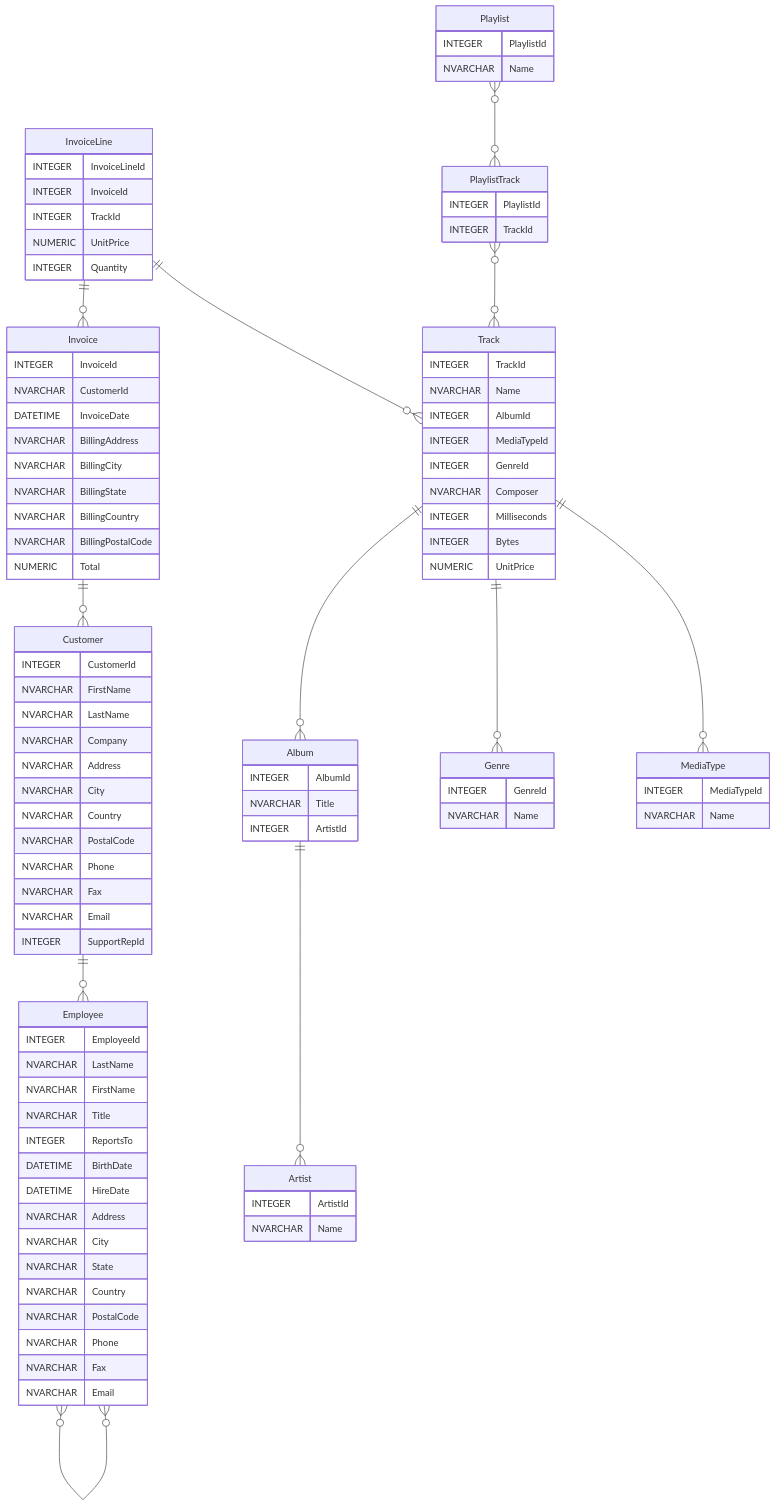
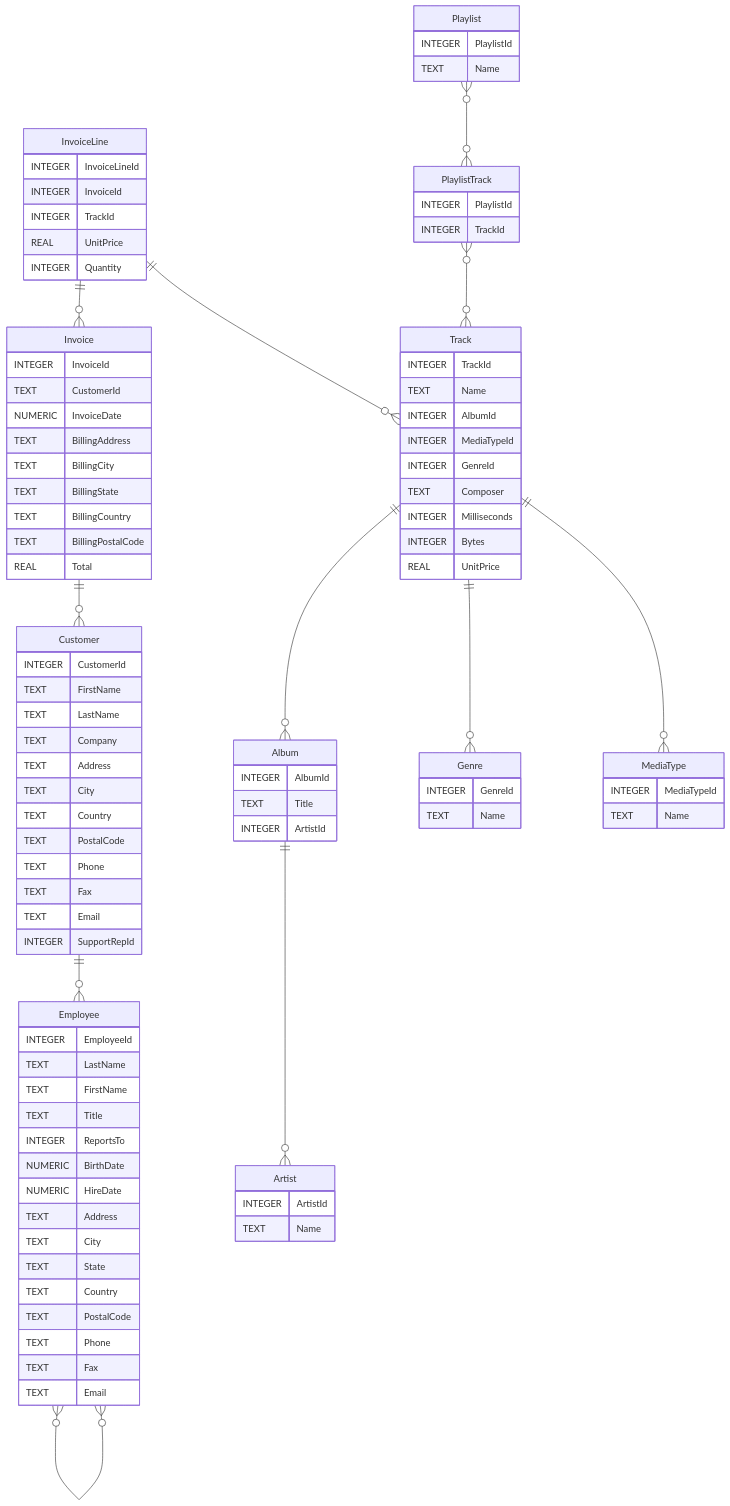
The diagram in databases/sql/exercises/README.md (blackbat13/cs-htiew-gitbook), drawn with Mermaid before and after one commit. The commit also changed other lines of this file and 3 other files, not shown here.

````diff
--- a/databases/sql/exercises/README.md
+++ b/databases/sql/exercises/README.md
@@ -75,73 +75,73 @@
   InvoiceLine ||--o{ Track : ""
   Album {
     INTEGER AlbumId
-    NVARCHAR Title
+    TEXT Title
     INTEGER ArtistId
   }
   Artist {
     INTEGER ArtistId
-    NVARCHAR Name
+    TEXT Name
   }
   Customer {
     INTEGER CustomerId
-    NVARCHAR FirstName
-    NVARCHAR LastName
-    NVARCHAR Company
-    NVARCHAR Address
-    NVARCHAR City
-    NVARCHAR Country
-    NVARCHAR PostalCode
-    NVARCHAR Phone
-    NVARCHAR Fax
-    NVARCHAR Email
+    TEXT FirstName
+    TEXT LastName
+    TEXT Company
+    TEXT Address
+    TEXT City
+    TEXT Country
+    TEXT PostalCode
+    TEXT Phone
+    TEXT Fax
+    TEXT Email
     INTEGER SupportRepId
   }
   Employee {
     INTEGER EmployeeId
-    NVARCHAR LastName
-    NVARCHAR FirstName
-    NVARCHAR Title
+    TEXT LastName
+    TEXT FirstName
+    TEXT Title
     INTEGER ReportsTo
-    DATETIME BirthDate
-    DATETIME HireDate
-    NVARCHAR Address
-    NVARCHAR City
-    NVARCHAR State
-    NVARCHAR Country
-    NVARCHAR PostalCode
-    NVARCHAR Phone
-    NVARCHAR Fax
-    NVARCHAR Email
+    NUMERIC BirthDate
+    NUMERIC HireDate
+    TEXT Address
+    TEXT City
+    TEXT State
+    TEXT Country
+    TEXT PostalCode
+    TEXT Phone
+    TEXT Fax
+    TEXT Email
   }
   Genre {
     INTEGER GenreId
-    NVARCHAR Name
+    TEXT Name
   }
   Invoice {
     INTEGER InvoiceId
-    NVARCHAR CustomerId
-    DATETIME InvoiceDate
-    NVARCHAR BillingAddress
-    NVARCHAR BillingCity
-    NVARCHAR BillingState
-    NVARCHAR BillingCountry
-    NVARCHAR BillingPostalCode
-    NUMERIC Total
+    TEXT CustomerId
+    NUMERIC InvoiceDate
+    TEXT BillingAddress
+    TEXT BillingCity
+    TEXT BillingState
+    TEXT BillingCountry
+    TEXT BillingPostalCode
+    REAL Total
   }
   InvoiceLine {
     INTEGER InvoiceLineId
     INTEGER InvoiceId
     INTEGER TrackId
-    NUMERIC UnitPrice
+    REAL UnitPrice
     INTEGER Quantity
   }
   MediaType {
     INTEGER MediaTypeId
-    NVARCHAR Name
+    TEXT Name
   }
   Playlist {
     INTEGER PlaylistId
-    NVARCHAR Name
+    TEXT Name
   }
   PlaylistTrack {
     INTEGER PlaylistId
@@ -149,13 +149,13 @@
   }
   Track {
     INTEGER TrackId
-    NVARCHAR Name
+    TEXT Name
     INTEGER AlbumId
     INTEGER MediaTypeId
     INTEGER GenreId
-    NVARCHAR Composer
+    TEXT Composer
     INTEGER Milliseconds
     INTEGER Bytes
-    NUMERIC UnitPrice
+    REAL UnitPrice
   }
 ```
````
